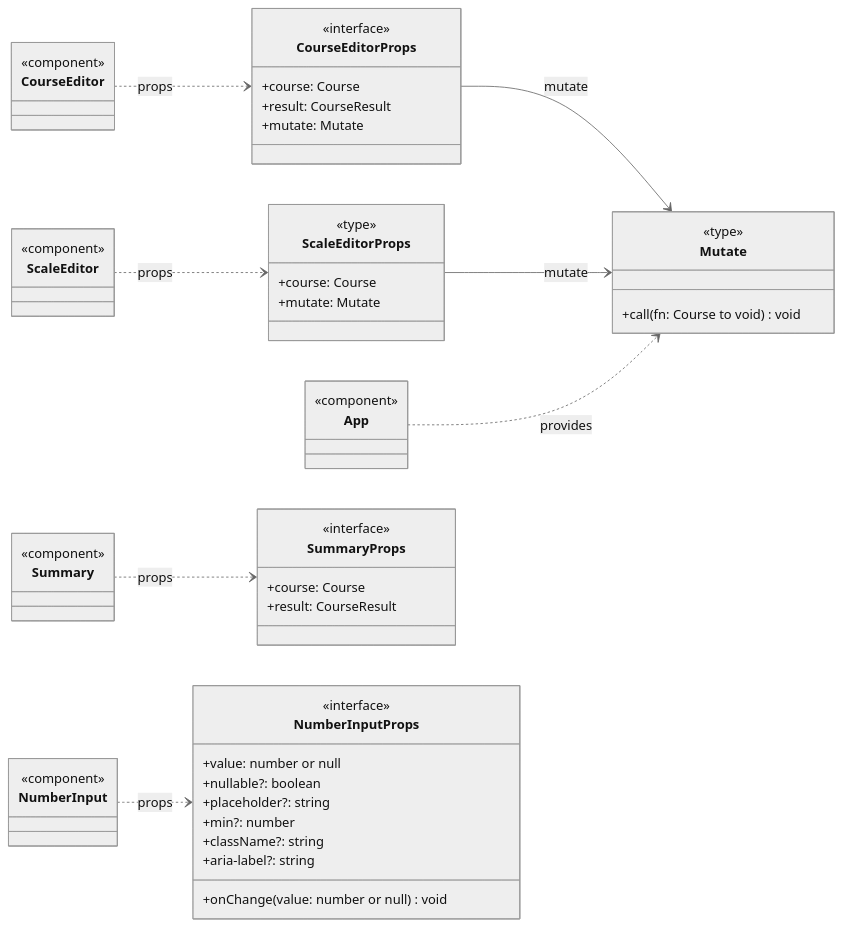
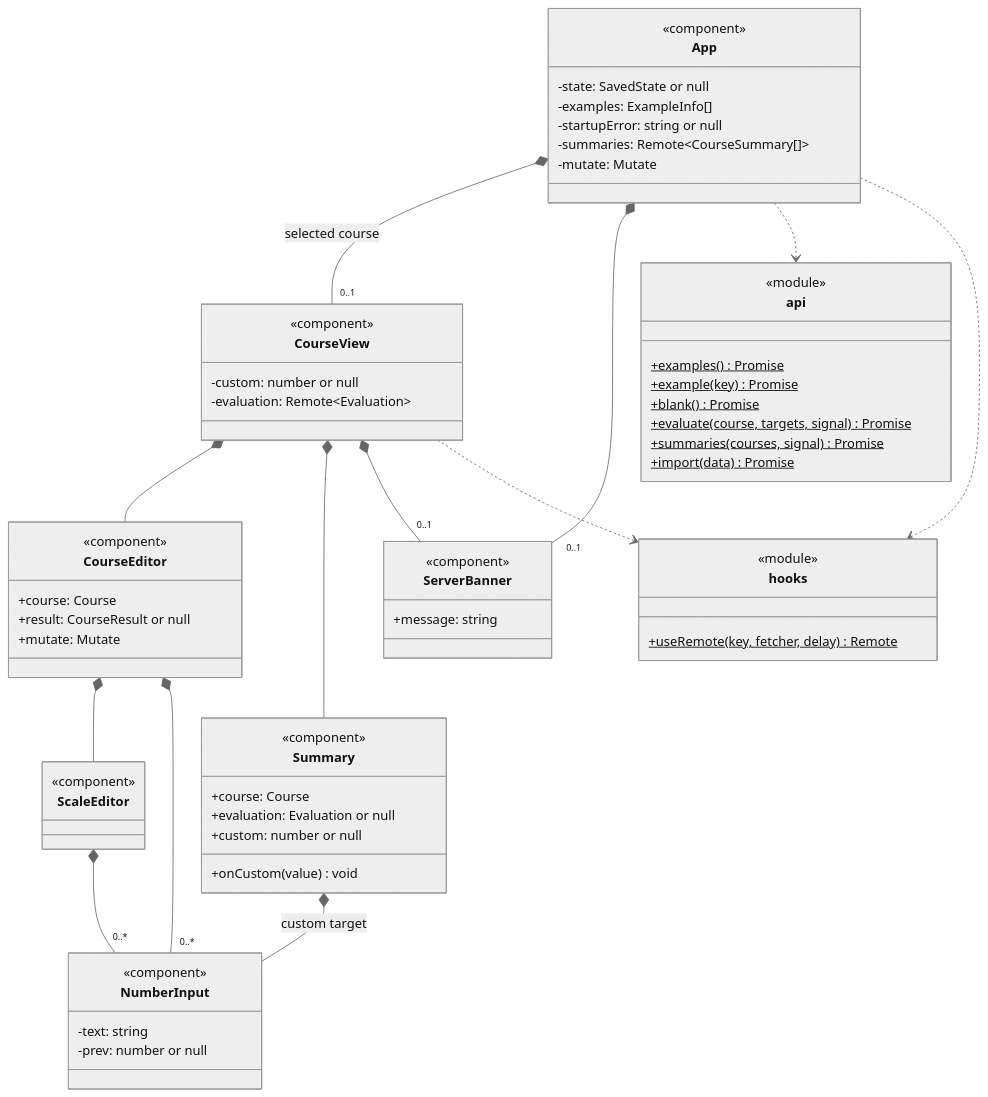
One commit to Patman1O1/grade-calculator changed the eighth of 8 diagrams in docs/uml.md. Above: the diagram before and after it, drawn with Mermaid (neutral theme). The commit also changed other lines of this file and 45 other files, not shown here.

````diff
--- a/docs/uml.md
+++ b/docs/uml.md
@@ -355,56 +338,67 @@
 ```mermaid
 classDiagram
-  direction LR
+  direction TB
   class App {
     <<component>>
+    -state: SavedState or null
+    -examples: ExampleInfo[]
+    -startupError: string or null
+    -summaries: Remote~CourseSummary[]~
+    -mutate: Mutate
+  }
+  class CourseView {
+    <<component>>
+    -custom: number or null
+    -evaluation: Remote~Evaluation~
   }
   class CourseEditor {
     <<component>>
+    +course: Course
+    +result: CourseResult or null
+    +mutate: Mutate
   }
   class ScaleEditor {
     <<component>>
   }
   class Summary {
     <<component>>
+    +course: Course
+    +evaluation: Evaluation or null
+    +custom: number or null
+    +onCustom(value) void
   }
   class NumberInput {
     <<component>>
+    -text: string
+    -prev: number or null
   }
-  class CourseEditorProps {
-    <<interface>>
-    +course: Course
-    +result: CourseResult
-    +mutate: Mutate
+  class ServerBanner {
+    <<component>>
+    +message: string
   }
-  class ScaleEditorProps {
-    <<type>>
-    +course: Course
-    +mutate: Mutate
+  class api {
+    <<module>>
+    +examples()$ Promise
+    +example(key)$ Promise
+    +blank()$ Promise
+    +evaluate(course, targets, signal)$ Promise
+    +summaries(courses, signal)$ Promise
+    +import(data)$ Promise
   }
-  class SummaryProps {
-    <<interface>>
-    +course: Course
-    +result: CourseResult
+  class hooks {
+    <<module>>
+    +useRemote(key, fetcher, delay)$ Remote
   }
-  class NumberInputProps {
-    <<interface>>
-    +value: number or null
-    +nullable?: boolean
-    +placeholder?: string
-    +min?: number
-    +className?: string
-    +aria-label?: string
-    +onChange(value: number or null) void
-  }
-  class Mutate {
-    <<type>>
-    +call(fn: Course to void) void
-  }
-  CourseEditor ..> CourseEditorProps : props
-  ScaleEditor ..> ScaleEditorProps : props
-  Summary ..> SummaryProps : props
-  NumberInput ..> NumberInputProps : props
-  CourseEditorProps --> Mutate : mutate
-  ScaleEditorProps --> Mutate : mutate
-  App ..> Mutate : provides
+  App *-- "0..1" CourseView : selected course
+  App *-- "0..1" ServerBanner
+  CourseView *-- CourseEditor
+  CourseView *-- Summary
+  CourseView *-- "0..1" ServerBanner
+  CourseEditor *-- ScaleEditor
+  CourseEditor *-- "0..*" NumberInput
+  ScaleEditor *-- "0..*" NumberInput
+  Summary *-- NumberInput : custom target
+  App ..> api
+  App ..> hooks
+  CourseView ..> hooks
 ```
````
